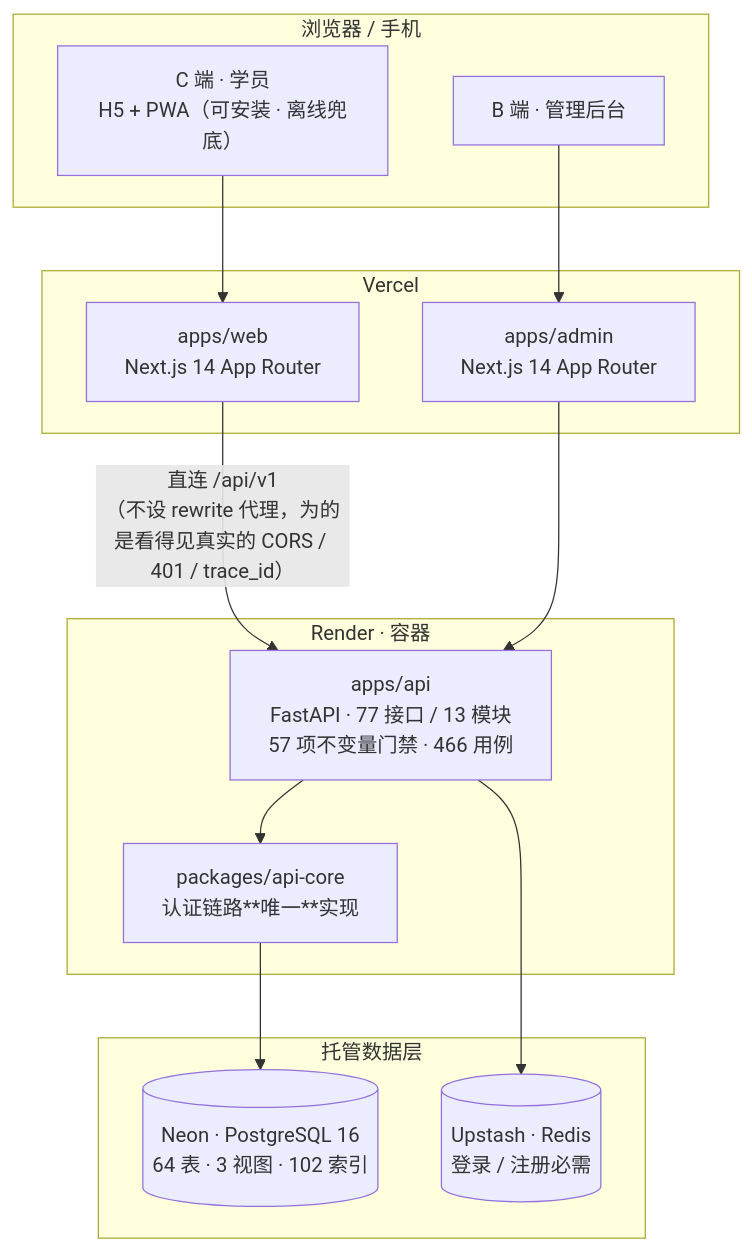
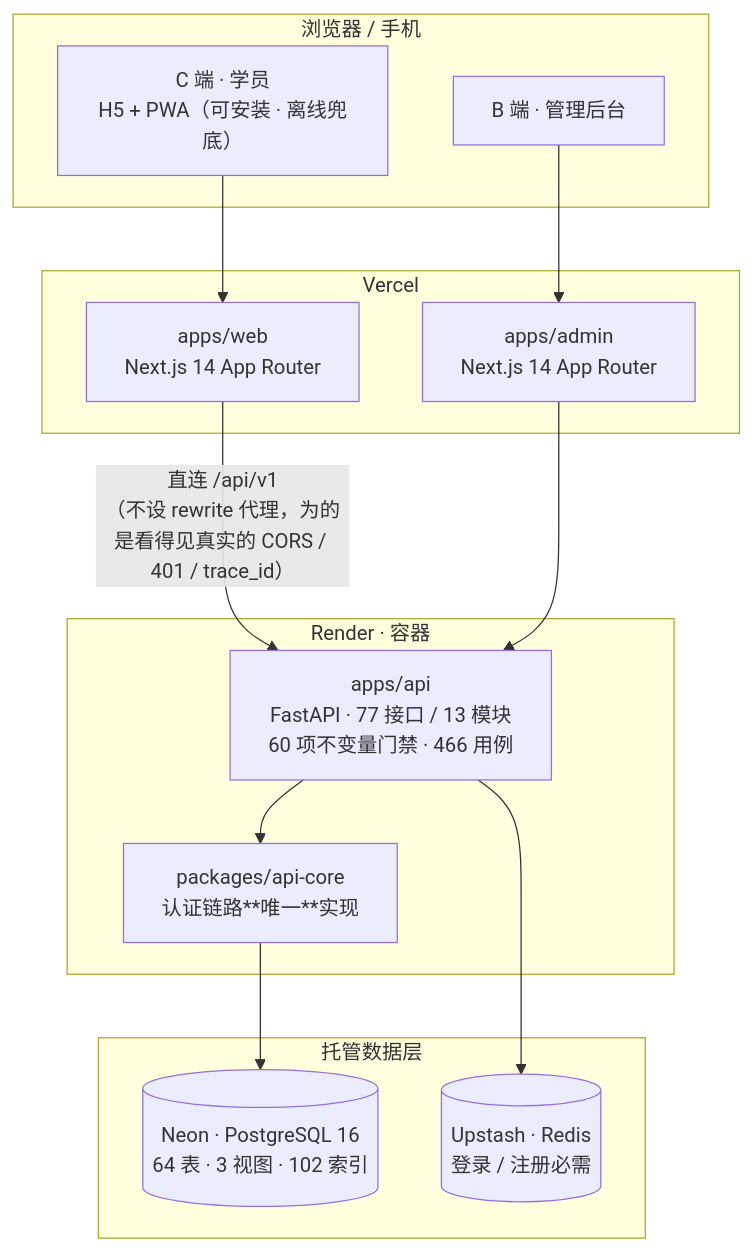
Before and after one commit to windsleep1/yijian-platform: the diagram in README.md, drawn with Mermaid. The commit also changed other lines of this file and 7 other files, not shown here.

````diff
--- a/README.md
+++ b/README.md
@@ -37,30 +37,30 @@
 ```mermaid
 flowchart TB
     subgraph client["浏览器 / 手机"]
         A["C 端 · 学员<br/>H5 + PWA（可安装 · 离线兜底）"]
         B["B 端 · 管理后台"]
     end
 
     subgraph fe["Vercel"]
         W["apps/web<br/>Next.js 14 App Router"]
         D["apps/admin<br/>Next.js 14 App Router"]
     end
 
     subgraph be["Render · 容器"]
-        API["apps/api<br/>FastAPI · 77 接口 / 13 模块<br/>57 项不变量门禁 · 466 用例"]
+        API["apps/api<br/>FastAPI · 77 接口 / 13 模块<br/>60 项不变量门禁 · 466 用例"]
         CORE["packages/api-core<br/>认证链路**唯一**实现"]
     end
 
     subgraph data["托管数据层"]
         PG[("Neon · PostgreSQL 16<br/>64 表 · 3 视图 · 102 索引")]
         RD[("Upstash · Redis<br/>登录 / 注册必需")]
     end
 
     A --> W
     B --> D
     W -->|"直连 /api/v1<br/>（不设 rewrite 代理，为的是看得见真实的 CORS / 401 / trace_id）"| API
     D --> API
     API --> CORE
     CORE --> PG
     API --> RD
 ```
````
